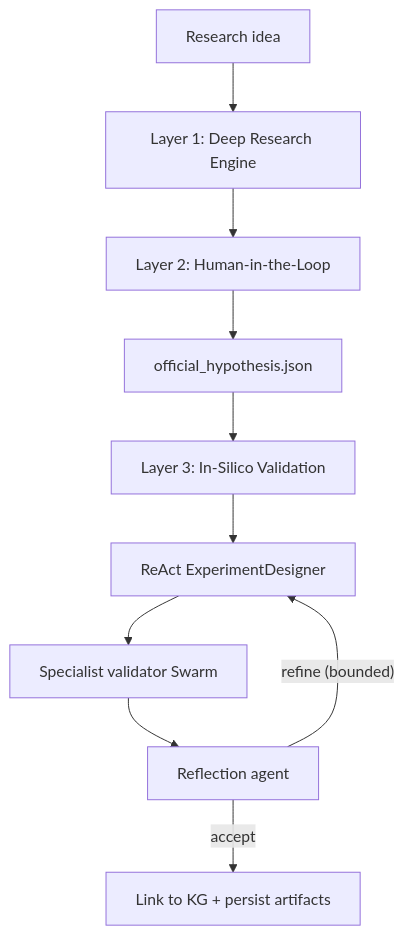
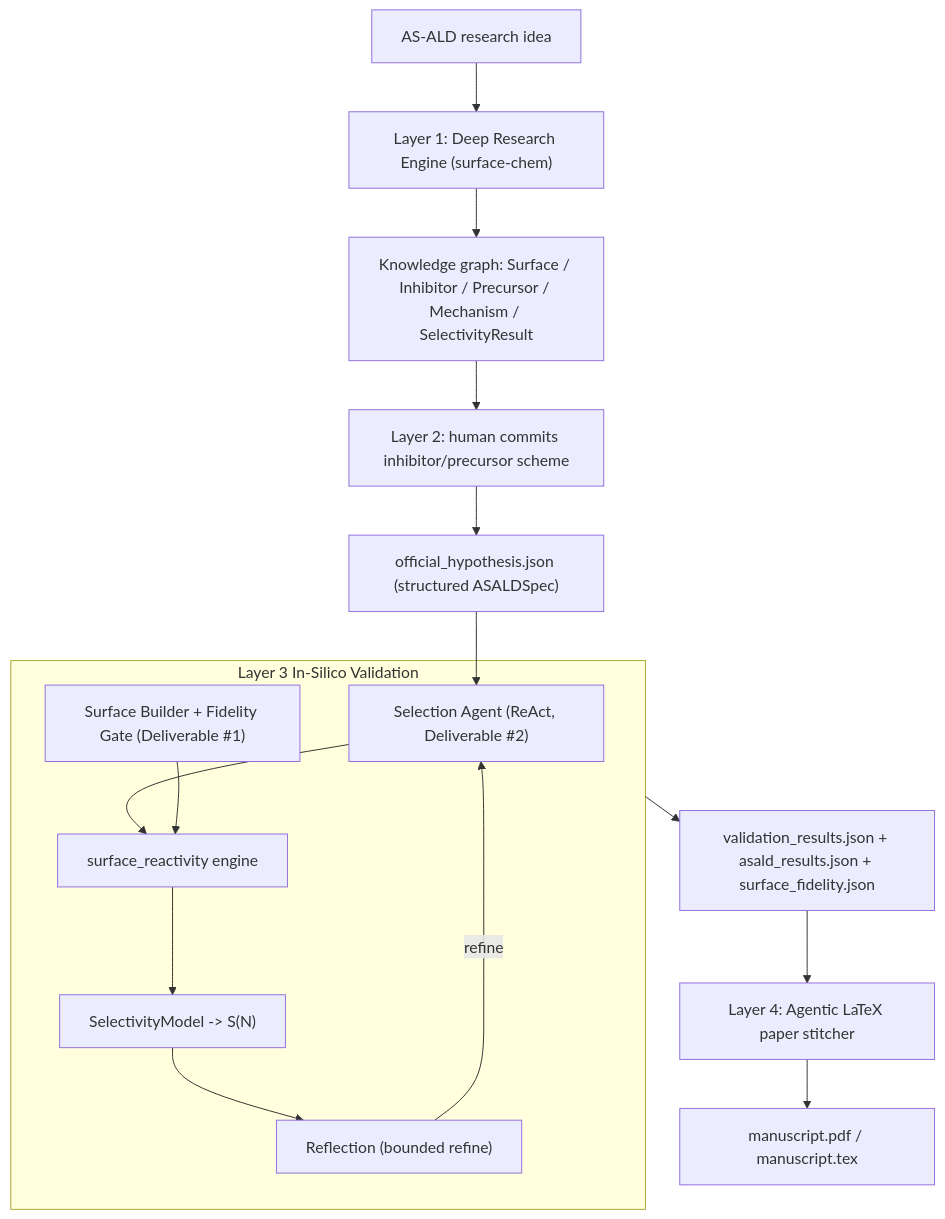
The diagram in README.md (Fidenzlabs/AI-Co-scientist), drawn with Mermaid before and after one commit. The commit also changed other lines of this file and 101 other files, not shown here.

````diff
--- a/README.md
+++ b/README.md
@@ -27,12 +12,18 @@
 ```mermaid
 flowchart TD
-  idea[Research idea] --> L1["Layer 1: Deep Research Engine"]
-  L1 --> L2["Layer 2: Human-in-the-Loop"]
-  L2 --> official[official_hypothesis.json]
-  official --> L3["Layer 3: In-Silico Validation"]
-  L3 --> design["ReAct ExperimentDesigner"]
-  design --> validate["Specialist validator Swarm"]
-  validate --> reflect["Reflection agent"]
-  reflect -->|"refine (bounded)"| design
-  reflect -->|"accept"| persist["Link to KG + persist artifacts"]
+  idea["AS-ALD research idea"] --> L1["Layer 1: Deep Research Engine (surface-chem)"]
+  L1 --> kg["Knowledge graph: Surface / Inhibitor / Precursor / Mechanism / SelectivityResult"]
+  kg --> L2["Layer 2: human commits inhibitor/precursor scheme"]
+  L2 --> official["official_hypothesis.json (structured ASALDSpec)"]
+  official --> SEL["Selection Agent (ReAct, Deliverable #2)"]
+  SEL --> SR
+  subgraph L3 [Layer 3 In-Silico Validation]
+    SB["Surface Builder + Fidelity Gate (Deliverable #1)"] --> SR["surface_reactivity engine"]
+    SR --> SM["SelectivityModel -> S(N)"]
+    SM --> reflect["Reflection (bounded refine)"]
+    reflect -->|refine| SEL
+  end
+  L3 --> results["validation_results.json + asald_results.json + surface_fidelity.json"]
+  results --> L4["Layer 4: Agentic LaTeX paper stitcher"]
+  L4 --> pdf["manuscript.pdf / manuscript.tex"]
 ```
````
